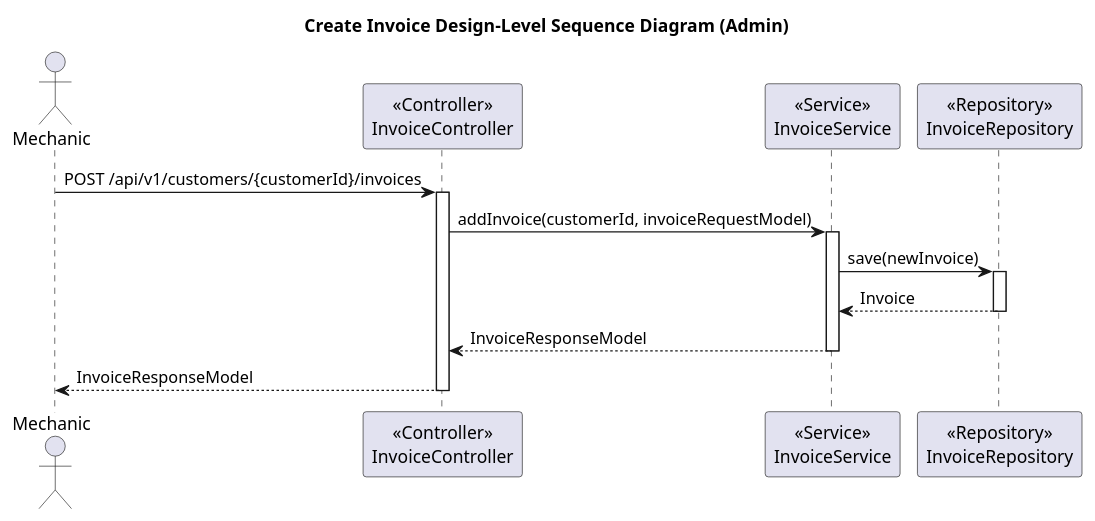
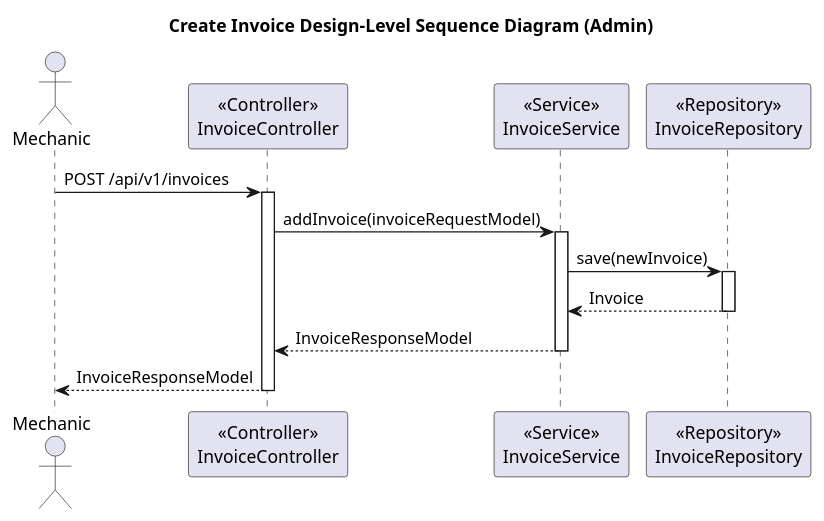
The diagram in diagrams/1-mechanic/Invoices/CreateInvoice/1-CreateInvoice SystemSequenceDiagram.puml (Iantomasi/ateliermecanique-ws), drawn with PlantUML before and after one commit. The commit also changed 52 other files, not shown here.

```diff
--- a/diagrams/1-mechanic/Invoices/CreateInvoice/1-CreateInvoice SystemSequenceDiagram.puml
+++ b/diagrams/1-mechanic/Invoices/CreateInvoice/1-CreateInvoice SystemSequenceDiagram.puml
@@ -1,27 +1,27 @@
 @startuml
 title Create Invoice Design-Level Sequence Diagram (Admin)
 
 actor Mechanic
 
 participant InvoiceController as "<<Controller>>\nInvoiceController"
 participant InvoiceService as "<<Service>>\nInvoiceService"
 participant InvoiceRepository as "<<Repository>>\nInvoiceRepository"
 
-Mechanic -> InvoiceController: POST /api/v1/customers/{customerId}/invoices
+Mechanic -> InvoiceController: POST /api/v1/invoices
 activate InvoiceController
 
-InvoiceController -> InvoiceService: addInvoice(customerId, invoiceRequestModel)
+InvoiceController -> InvoiceService: addInvoice(invoiceRequestModel)
 activate InvoiceService
 
 InvoiceService -> InvoiceRepository: save(newInvoice)
 activate InvoiceRepository
 
 InvoiceRepository --> InvoiceService: Invoice
 deactivate InvoiceRepository
 
 InvoiceService --> InvoiceController: InvoiceResponseModel
 deactivate InvoiceService
 
 InvoiceController --> Mechanic: InvoiceResponseModel
 deactivate InvoiceController
 @enduml
```
